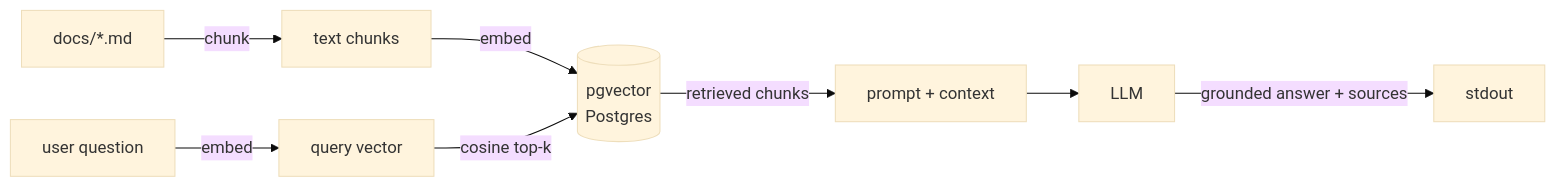
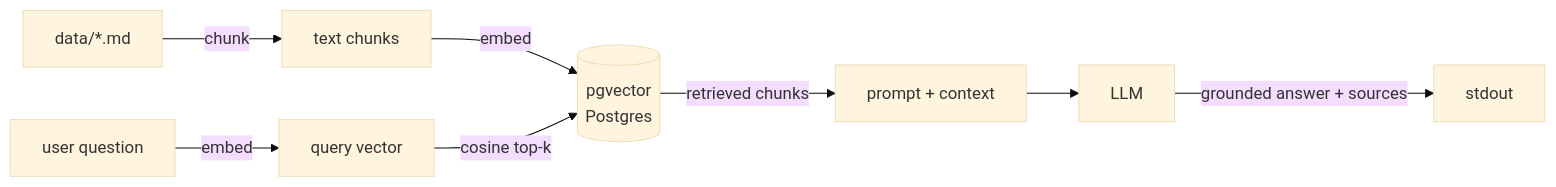
The diagram in README.md (augbastos/rag-demo), drawn with Mermaid (base theme) before and after one commit.

Commit message:
docs: fix README flowchart — ingest reads from data/, not docs/

````diff
--- a/README.md
+++ b/README.md
@@ -11,10 +11,10 @@
 ```mermaid
 flowchart LR
-    A[docs/*.md] -->|chunk| B[text chunks]
+    A[data/*.md] -->|chunk| B[text chunks]
     B -->|embed| C[(pgvector<br/>Postgres)]
     Q[user question] -->|embed| D[query vector]
     D -->|cosine top-k| C
     C -->|retrieved chunks| E[prompt + context]
     E --> F[LLM]
     F -->|grounded answer + sources| G[stdout]
 ```
````
